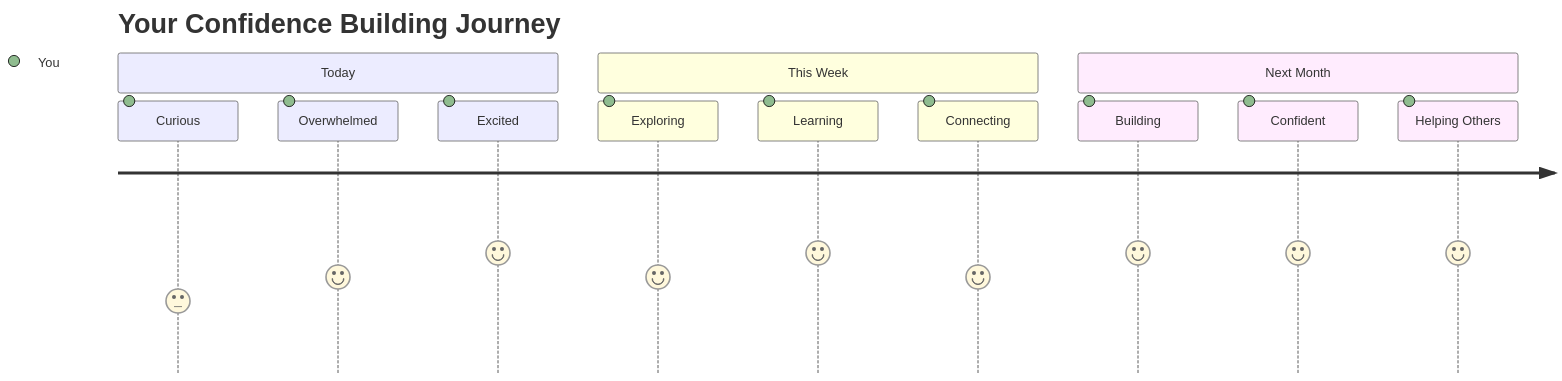
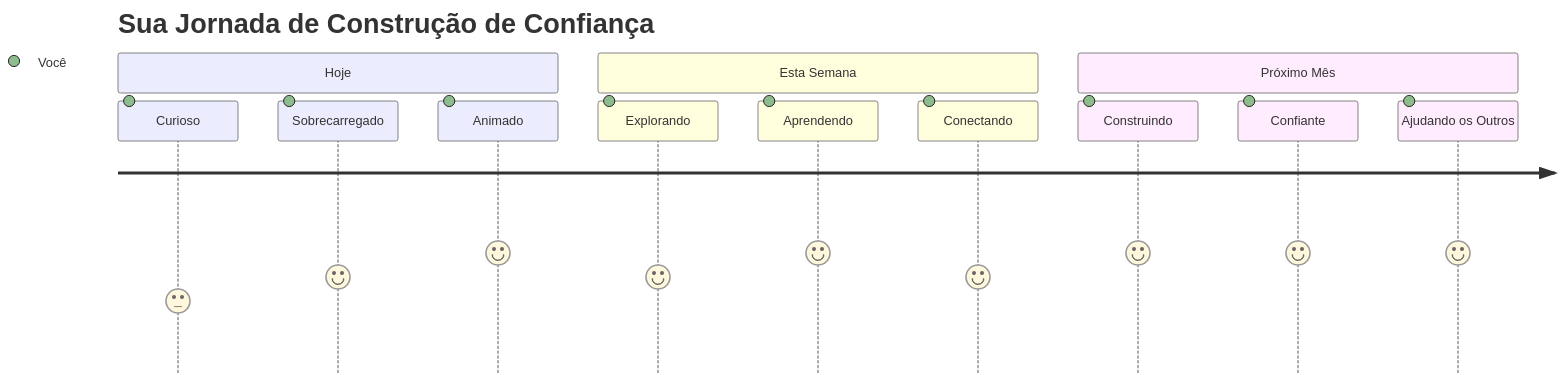
The seventh of 7 diagrams in translations/pt-BR/1-getting-started-lessons/1-intro-to-programming-languages/README.md (microsoft/Web-Dev-For-Beginners), drawn with Mermaid before and after one commit. The commit also changed other lines of this file and 11 other files, not shown here.

````diff
--- a/translations/pt-BR/1-getting-started-lessons/1-intro-to-programming-languages/README.md
+++ b/translations/pt-BR/1-getting-started-lessons/1-intro-to-programming-languages/README.md
@@ -836,16 +831,16 @@
 ```mermaid
 journey
-    title Your Confidence Building Journey
-    section Today
-      Curious: 3: You
-      Overwhelmed: 4: You
-      Excited: 5: You
-    section This Week
-      Exploring: 4: You
-      Learning: 5: You
-      Connecting: 4: You
-    section Next Month
-      Building: 5: You
-      Confident: 5: You
-      Helping Others: 5: You
+    title Sua Jornada de Construção de Confiança
+    section Hoje
+      Curioso: 3: Você
+      Sobrecarregado: 4: Você
+      Animado: 5: Você
+    section Esta Semana
+      Explorando: 4: Você
+      Aprendendo: 5: Você
+      Conectando: 4: Você
+    section Próximo Mês
+      Construindo: 5: Você
+      Confiante: 5: Você
+      Ajudando os Outros: 5: Você
 ```
````
